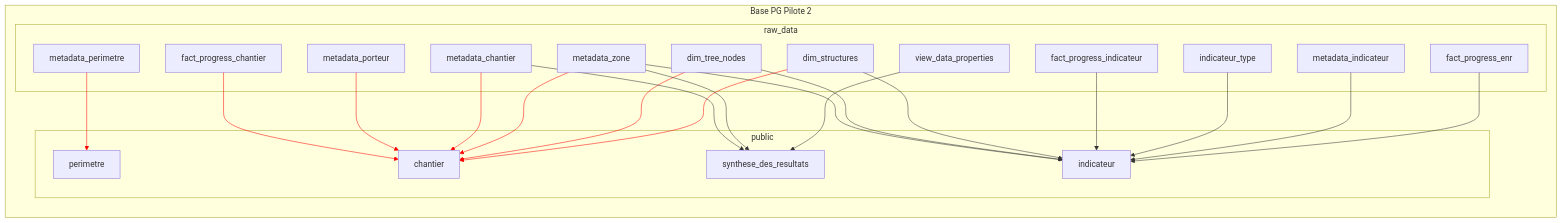
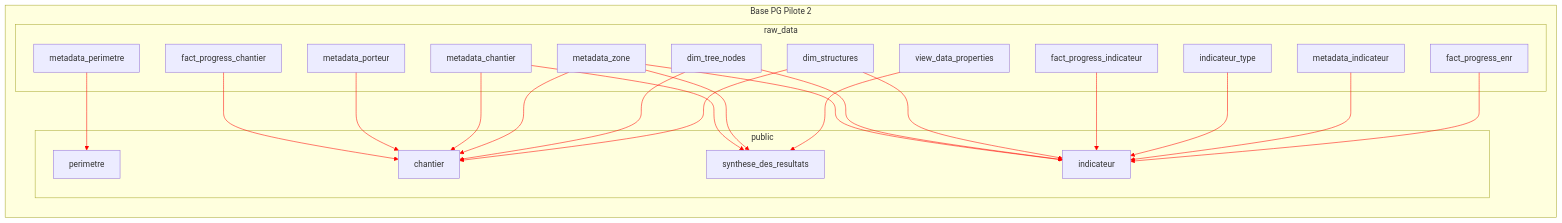
Before and after one commit to DITP-pilotage/pilote-2: the fourth of 4 diagrams in data/README.md, drawn with Mermaid. The commit also changed other lines of this file and 29 other files, not shown here.

````diff
--- a/data/README.md
+++ b/data/README.md
@@ -229,39 +201,39 @@
 ``` mermaid
 graph LR
 subgraph Base PG Pilote 2
    subgraph raw_data
       M_CHA[metadata_chantier]
       M_PER[metadata_perimetre]
       M_IND[metadata_indicateur]
       M_ZON[metadata_zone]
       D_FPI[fact_progress_indicateur]
       D_FPC[fact_progress_chantier]
       D_DTN[dim_tree_nodes]
       D_DS[dim_structures]
       M_TYPE[indicateur_type]
       M_PORT[metadata_porteur]
       D_FPE[fact_progress_enr]
       D_VDP[view_data_properties]
    end
    subgraph public
       M_PER --> PER[perimetre]
       D_FPC --> CHA
       M_PORT --> CHA
       M_CHA --> CHA[chantier]
       M_ZON --> CHA
       D_DTN --> CHA
       D_DS  --> CHA
       M_CHA --> SDR
       M_ZON --> SDR
       D_VDP --> SDR[synthese_des_resultats]
       M_ZON --> IND
       D_DTN --> IND
       D_DS  --> IND
       D_FPI --> IND
       M_TYPE --> IND
       M_IND --> IND[indicateur]
       D_FPE --> IND
-      linkStyle 0,1,2,3,4,5,6 stroke:red;
+      linkStyle 0,1,2,3,4,5,6,7,8,9,10,11,12,13,14,15,16 stroke:red;
    end
 end
 ```
````
